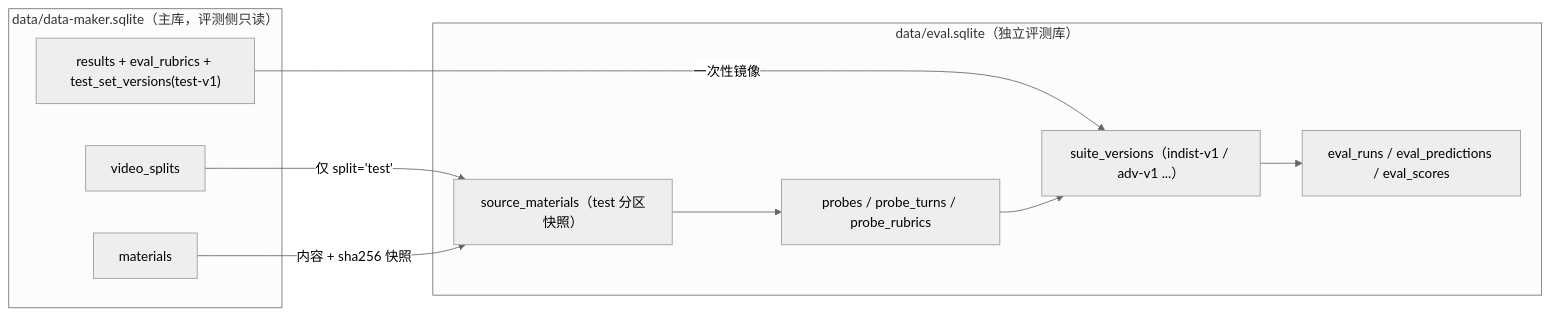
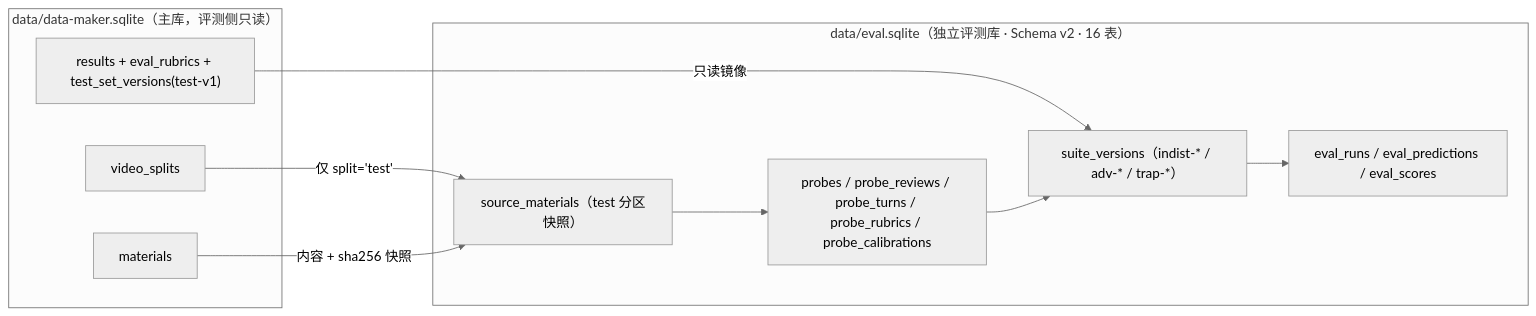
Before and after one commit to chosenecho/pi-posttrain-loop: the first of 3 diagrams in docs/eval-probe-pipeline.md, drawn with Mermaid (neutral theme). The commit also changed other lines of this file and 8 other files, not shown here.

````diff
--- a/docs/eval-probe-pipeline.md
+++ b/docs/eval-probe-pipeline.md
@@ -29,20 +27,20 @@
 ```mermaid
 flowchart LR
   subgraph MAIN["data/data-maker.sqlite（主库，评测侧只读）"]
     VS["video_splits"]
     MAT["materials"]
     TV1["results + eval_rubrics + test_set_versions(test-v1)"]
   end
 
-  subgraph EVAL["data/eval.sqlite（独立评测库）"]
+  subgraph EVAL["data/eval.sqlite（独立评测库 · Schema v2 · 16 表）"]
     SRC["source_materials（test 分区快照）"]
-    PRB["probes / probe_turns / probe_rubrics"]
-    SUITE["suite_versions（indist-v1 / adv-v1 ...）"]
+    PRB["probes / probe_reviews / probe_turns / probe_rubrics / probe_calibrations"]
+    SUITE["suite_versions（indist-* / adv-* / trap-*）"]
     RUN["eval_runs / eval_predictions / eval_scores"]
   end
 
   VS -->|"仅 split='test'"| SRC
   MAT -->|"内容 + sha256 快照"| SRC
-  TV1 -->|"一次性镜像"| SUITE
+  TV1 -->|"只读镜像"| SUITE
   SRC --> PRB --> SUITE --> RUN
 ```
````
